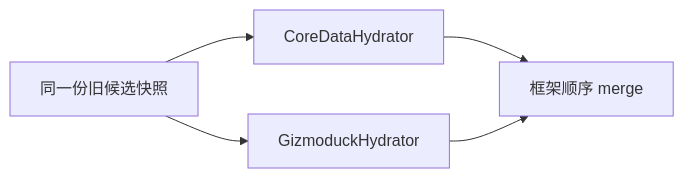
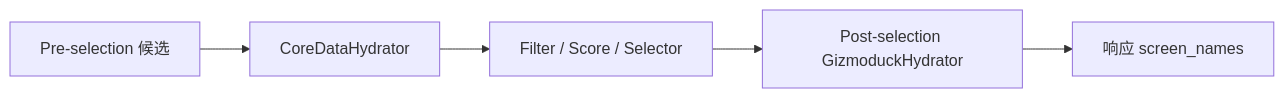
The third of 3 diagrams in docs/home-mixer/03-data-model-and-pipeline.md (freefcw/x-algorithm), drawn with Mermaid before and after one commit. The commit also changed other lines of this file and 24 other files, not shown here.

````diff
--- a/docs/home-mixer/03-data-model-and-pipeline.md
+++ b/docs/home-mixer/03-data-model-and-pipeline.md
@@ -142,7 +156,7 @@
 ```mermaid
 graph LR
-    C["同一份旧候选快照"] --> H1["CoreDataHydrator"]
-    C --> H2["GizmoduckHydrator"]
-    H1 --> M["框架顺序 merge"]
-    H2 --> M
+    C["Pre-selection 候选"] --> H1["CoreDataHydrator"]
+    H1 --> F["Filter / Score / Selector"]
+    F --> H2["Post-selection GizmoduckHydrator"]
+    H2 --> M["响应 screen_names"]
 ```
````
